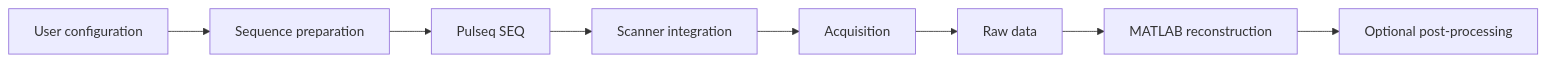
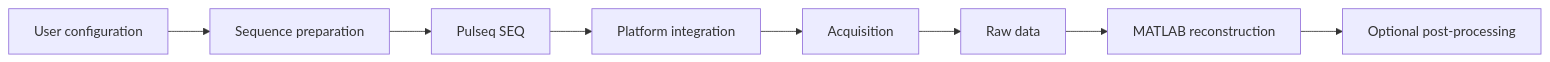
One commit to BennyZhang-Codes/tse-pulseq-matlab changed the first of 2 diagrams in docs/concepts-overview.md. Above: the diagram before and after it, drawn with Mermaid. The commit also changed other lines of this file, not shown here.

Commit message:
docs: simplify repository architecture around portable sequence core

````diff
--- a/docs/concepts-overview.md
+++ b/docs/concepts-overview.md
@@ -5,10 +5,10 @@
 ```mermaid
 flowchart LR
     A[User configuration] --> B[Sequence preparation]
     B --> C[Pulseq SEQ]
-    C --> D[Scanner integration]
+    C --> D[Platform integration]
     D --> E[Acquisition]
     E --> F[Raw data]
     F --> G[MATLAB reconstruction]
     G --> H[Optional post-processing]
 ```
````
